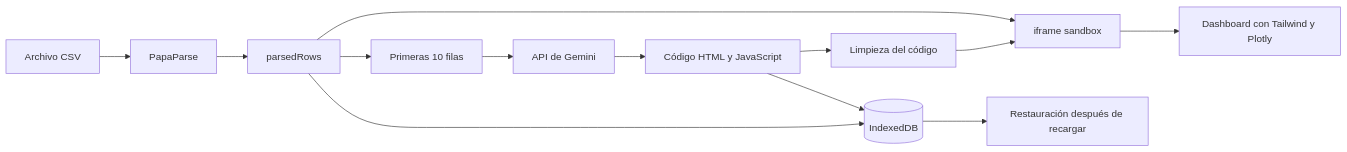
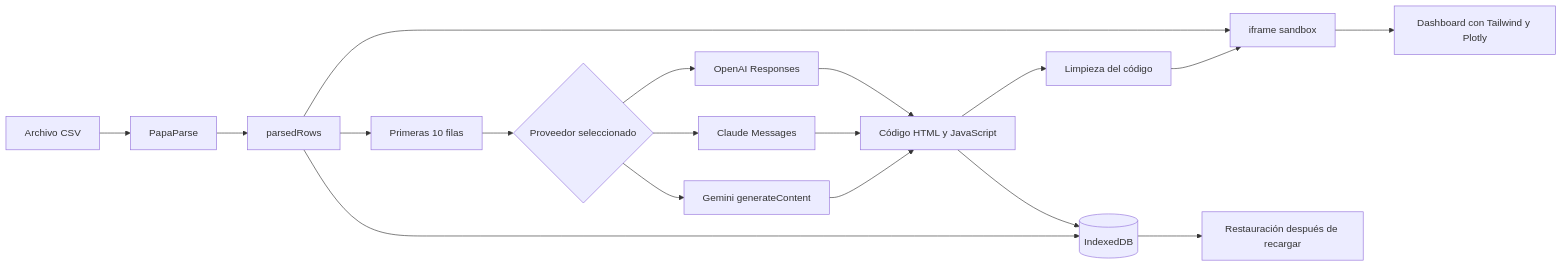
Before and after one commit to SARAScodigos/dashboard-api: the diagram in README.md, drawn with Mermaid. The commit also changed other lines of this file and 7 other files, not shown here.

````diff
--- a/README.md
+++ b/README.md
@@ -27,15 +30,20 @@
 ```mermaid
 flowchart LR
     A[Archivo CSV] --> B[PapaParse]
     B --> C[parsedRows]
     C --> D[Primeras 10 filas]
-    D --> E[API de Gemini]
-    E --> F[Código HTML y JavaScript]
+    D --> E{Proveedor seleccionado}
+    E --> E1[Gemini generateContent]
+    E --> E2[Claude Messages]
+    E --> E3[OpenAI Responses]
+    E1 --> F[Código HTML y JavaScript]
+    E2 --> F
+    E3 --> F
     F --> G[Limpieza del código]
     G --> H[iframe sandbox]
     C --> H
     H --> I[Dashboard con Tailwind y Plotly]
     C --> J[(IndexedDB)]
     F --> J
     J --> K[Restauración después de recargar]
 ```
````
